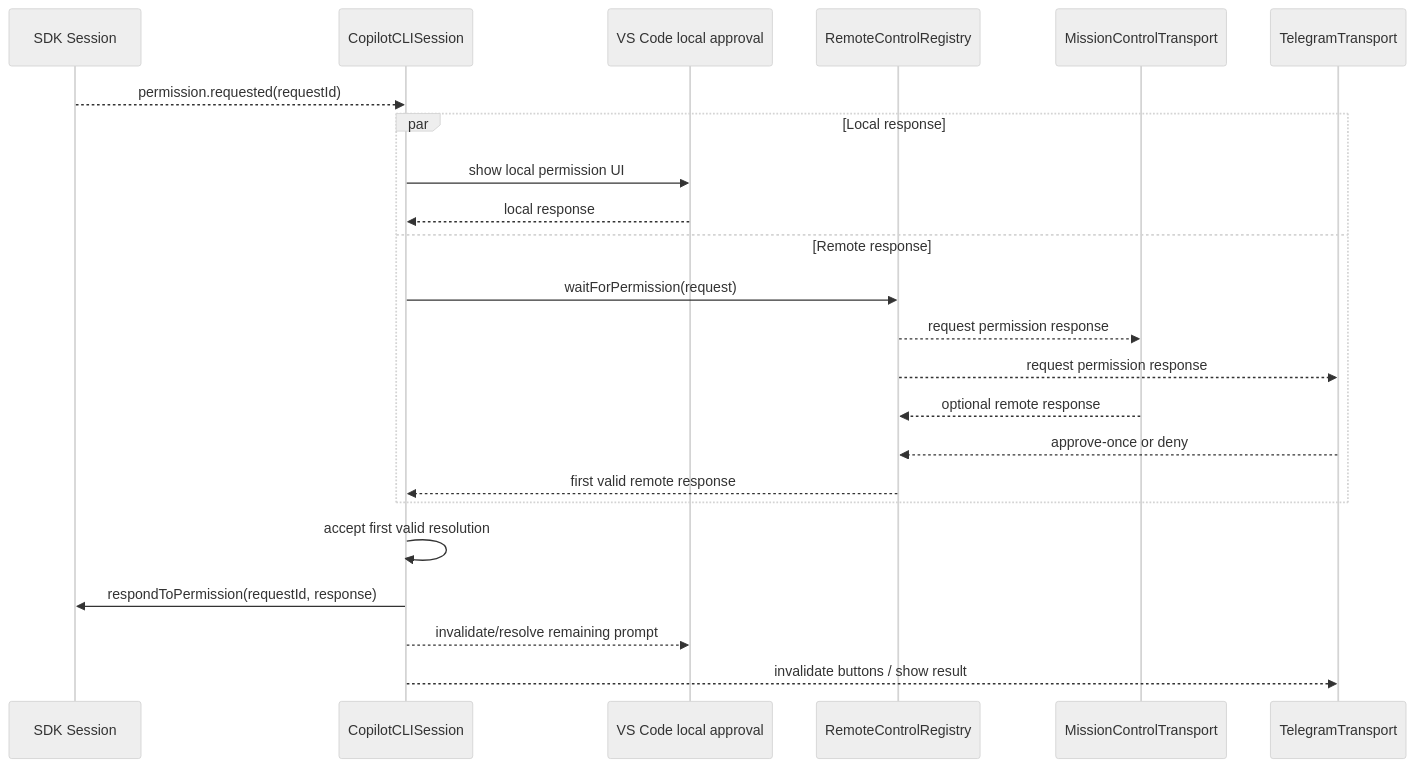
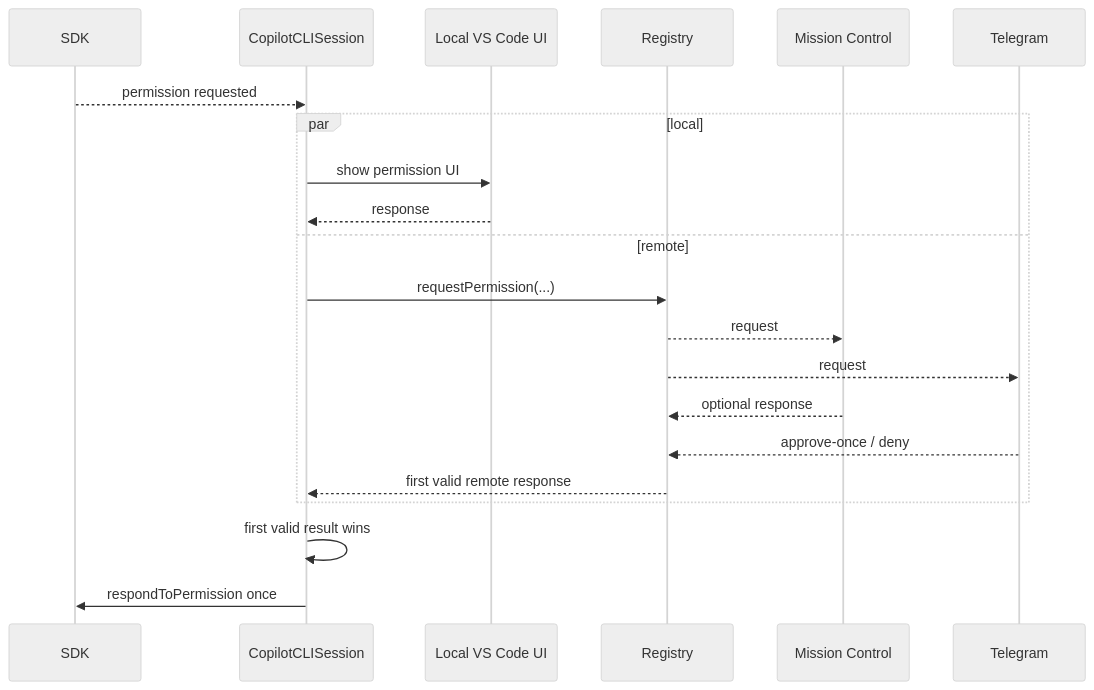
One commit to SachiHarshitha/vscode-telegram changed diagram 11 of 17 in extensions/copilot/docs/telegram-remote/CALL_FLOWS.md. Above: the diagram before and after it, drawn with Mermaid (neutral theme). The commit also changed other lines of this file, not shown here.

Commit message:
docs(telegram-remote): align call flows with current runtime

````diff
--- a/extensions/copilot/docs/telegram-remote/CALL_FLOWS.md
+++ b/extensions/copilot/docs/telegram-remote/CALL_FLOWS.md
@@ -280,26 +249,24 @@
 ```mermaid
 sequenceDiagram
-    participant SDK as SDK Session
+    participant SDK as SDK
     participant S as CopilotCLISession
-    participant VS as VS Code local approval
-    participant REG as RemoteControlRegistry
-    participant MC as MissionControlTransport
-    participant TG as TelegramTransport
+    participant L as Local VS Code UI
+    participant REG as Registry
+    participant MC as Mission Control
+    participant TG as Telegram
 
-    SDK-->>S: permission.requested(requestId)
-    par Local response
-        S->>VS: show local permission UI
-        VS-->>S: local response
-    and Remote response
-        S->>REG: waitForPermission(request)
-        REG-->>MC: request permission response
-        REG-->>TG: request permission response
-        MC-->>REG: optional remote response
-        TG-->>REG: approve-once or deny
+    SDK-->>S: permission requested
+    par local
+        S->>L: show permission UI
+        L-->>S: response
+    and remote
+        S->>REG: requestPermission(...)
+        REG-->>MC: request
+        REG-->>TG: request
+        MC-->>REG: optional response
+        TG-->>REG: approve-once / deny
         REG-->>S: first valid remote response
     end
-    S->>S: accept first valid resolution
-    S->>SDK: respondToPermission(requestId, response)
-    S-->>VS: invalidate/resolve remaining prompt
-    S-->>TG: invalidate buttons / show result
+    S->>S: first valid result wins
+    S->>SDK: respondToPermission once
 ```
````
